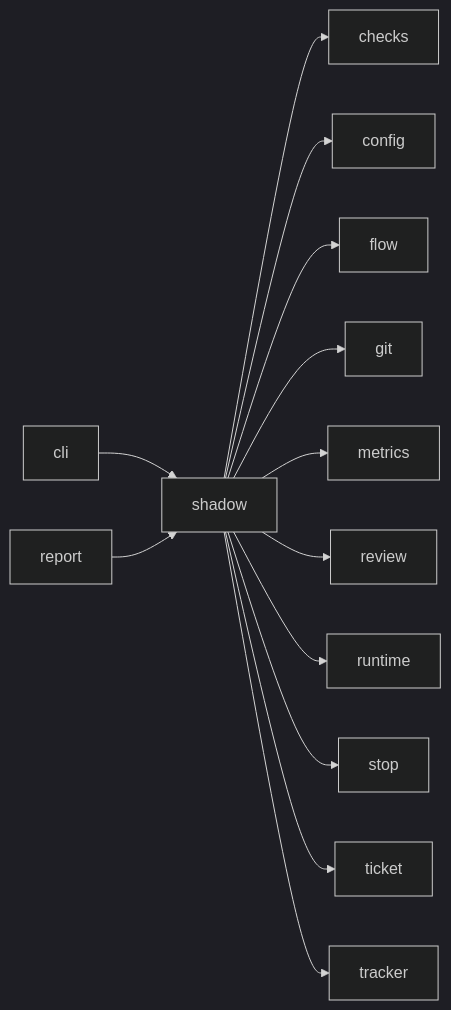
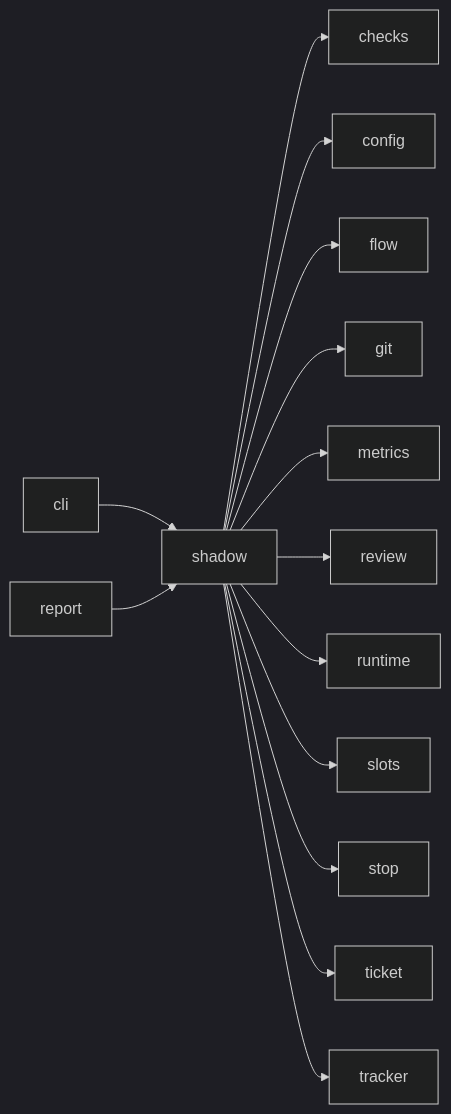
One commit to plaplanche/ariane changed the third of 3 diagrams in docs/architecture/modules/shadow.md. Above: the diagram before and after it, drawn with Mermaid (dark theme). The commit also changed other lines of this file and 19 other files, not shown here.

````diff
--- a/docs/architecture/modules/shadow.md
+++ b/docs/architecture/modules/shadow.md
@@ -58,15 +58,16 @@
 ```mermaid
 flowchart LR
   cli --> shadow
   report --> shadow
   shadow --> checks
   shadow --> config
   shadow --> flow
   shadow --> git
   shadow --> metrics
   shadow --> review
   shadow --> runtime
+  shadow --> slots
   shadow --> stop
   shadow --> ticket
   shadow --> tracker
 ```
````
